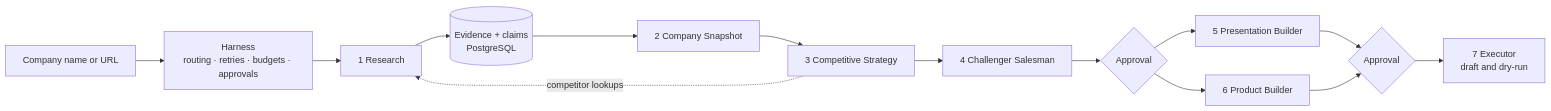
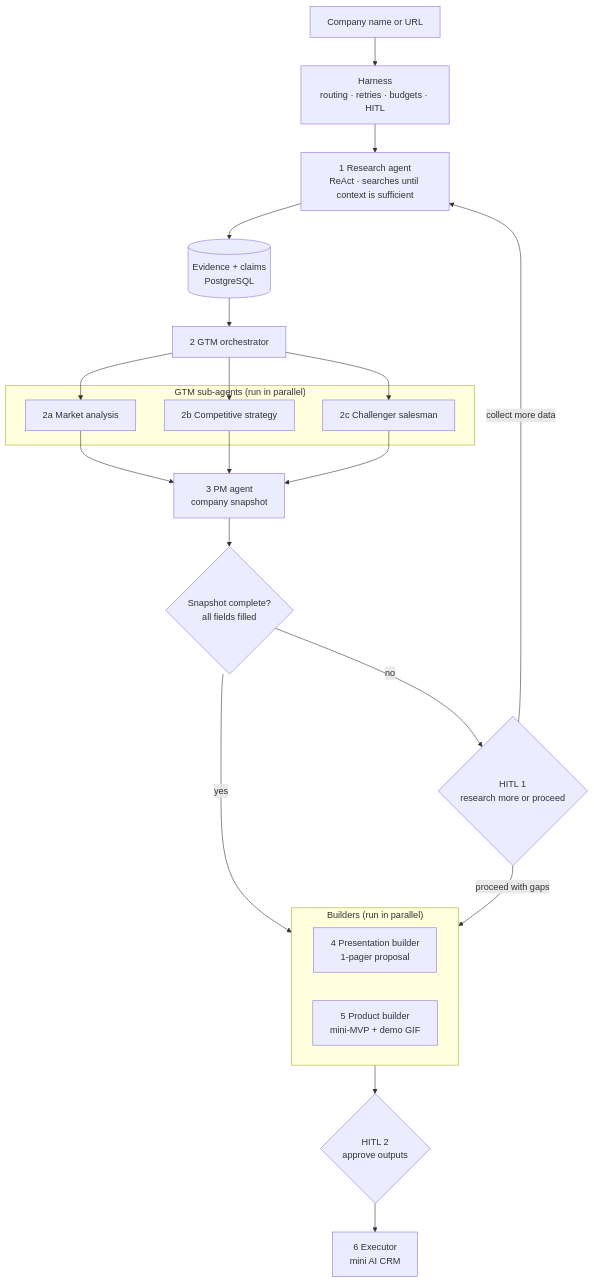
Before and after one commit to efolley/Venture-OS: the second of 2 diagrams in README.md, drawn with Mermaid. The commit also changed other lines of this file and 3 other files, not shown here.

````diff
--- a/README.md
+++ b/README.md
@@ -40,16 +49,25 @@
 ```mermaid
-flowchart LR
-    In["Company name or URL"] --> H["Harness<br/>routing · retries · budgets · approvals"]
-    H --> A1["1 Research"]
-    A1 --> E[("Evidence + claims<br/>PostgreSQL")]
-    E --> A2["2 Company Snapshot"]
-    A2 --> A3["3 Competitive Strategy"]
-    A3 -.->|"competitor lookups"| A1
-    A3 --> A4["4 Challenger Salesman"]
-    A4 --> G1{"Approval"}
-    G1 --> A5["5 Presentation Builder"]
-    G1 --> A6["6 Product Builder"]
-    A5 --> G2{"Approval"}
-    A6 --> G2
-    G2 --> A7["7 Executor<br/>draft and dry-run"]
+flowchart TD
+    In["Company name or URL"] --> H["Harness<br/>routing · retries · budgets · HITL"]
+    H --> R["1 Research agent<br/>ReAct · searches until context is sufficient"]
+    R --> E[("Evidence + claims<br/>PostgreSQL")]
+    E --> GTM["2 GTM orchestrator"]
+    subgraph SUB["GTM sub-agents (run in parallel)"]
+        MA["2a Market analysis"]
+        CS["2b Competitive strategy"]
+        CH["2c Challenger salesman"]
+    end
+    GTM --> MA & CS & CH
+    MA & CS & CH --> PM["3 PM agent<br/>company snapshot"]
+    PM --> Q{"Snapshot complete?<br/>all fields filled"}
+    Q -->|"yes"| BUILD
+    Q -->|"no"| G1{"HITL 1<br/>research more or proceed"}
+    G1 -->|"collect more data"| R
+    G1 -->|"proceed with gaps"| BUILD
+    subgraph BUILD["Builders (run in parallel)"]
+        PB["4 Presentation builder<br/>1-pager proposal"]
+        PR["5 Product builder<br/>mini-MVP + demo GIF"]
+    end
+    BUILD --> G2{"HITL 2<br/>approve outputs"}
+    G2 --> X["6 Executor<br/>mini AI CRM"]
 ```
````
